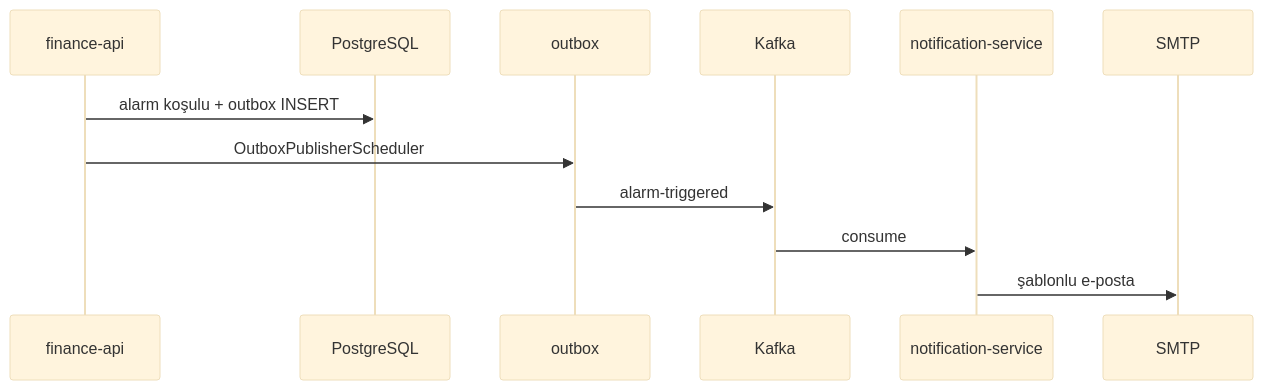
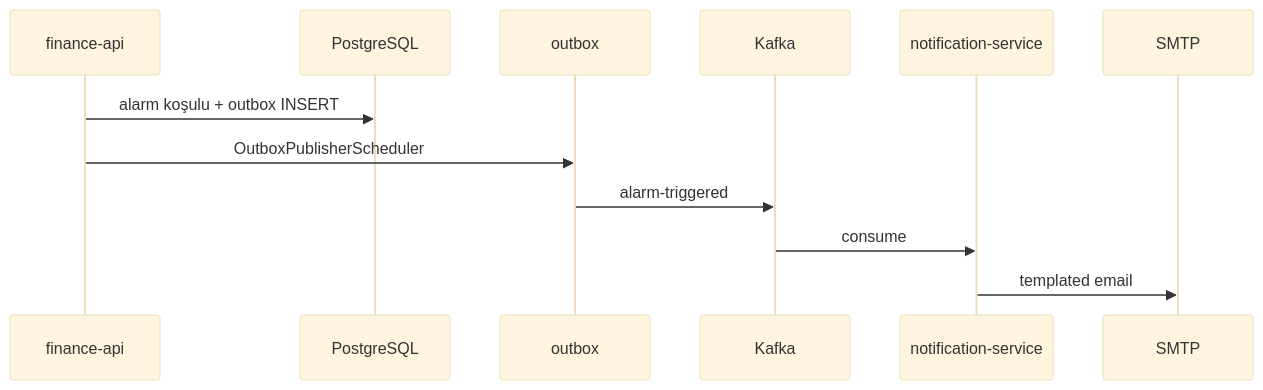
One commit to TaridaG/Toyota-32Bit-Finance-Platform changed the fifth of 5 diagrams in docs/english/services/finance-api.md. Above: the diagram before and after it, drawn with Mermaid (base theme). The commit also changed 28 other files, not shown here.

````diff
--- a/docs/english/services/finance-api.md
+++ b/docs/english/services/finance-api.md
@@ -205,15 +205,15 @@
 ```mermaid
 sequenceDiagram
   participant FA as finance-api
   participant PG as PostgreSQL
   participant OB as outbox
   participant KF as Kafka
   participant NS as notification-service
   participant SMTP as SMTP
 
   FA->>PG: alarm koşulu + outbox INSERT
   FA->>OB: OutboxPublisherScheduler
   OB->>KF: alarm-triggered
   KF->>NS: consume
-  NS->>SMTP: şablonlu e-posta
+  NS->>SMTP: templated email
 ```
````
